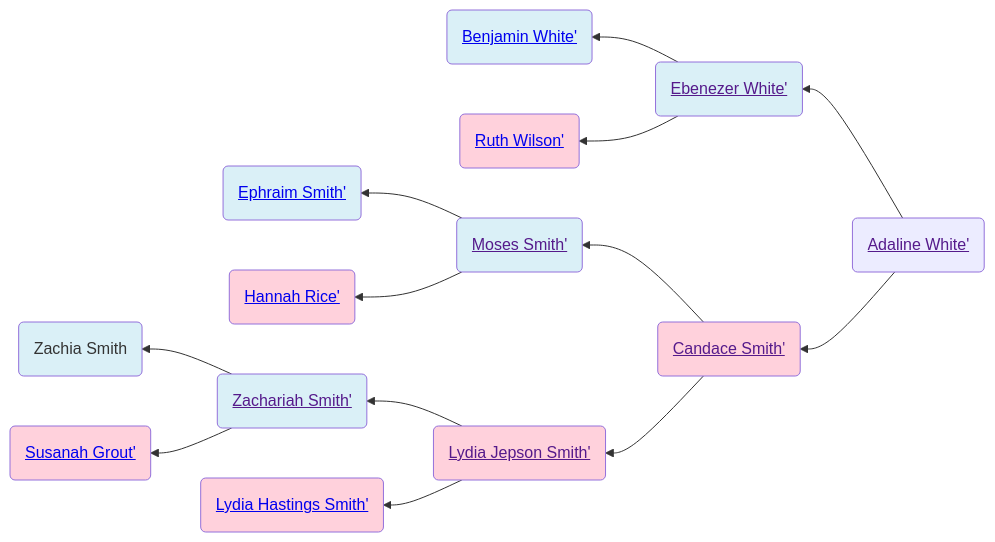
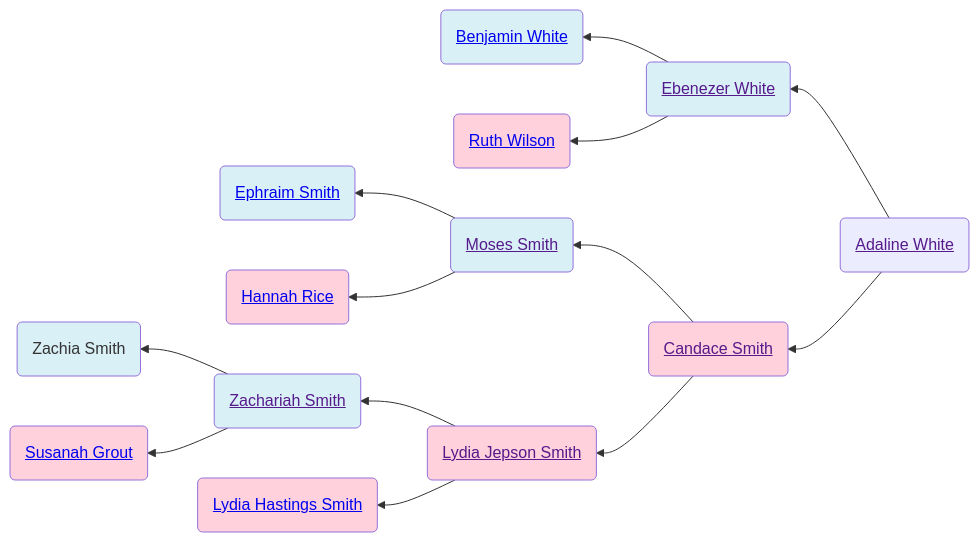
The diagram in familyhistory/sources/people/Merrill-line/White-line/Adaline_White.qmd (neelsmith/avocational), drawn with Mermaid before and after one commit. The commit also changed 96 other files, not shown here.

````diff
--- a/familyhistory/sources/people/Merrill-line/White-line/Adaline_White.qmd
+++ b/familyhistory/sources/people/Merrill-line/White-line/Adaline_White.qmd
@@ -19,32 +19,32 @@
 ```{mermaid}
 graph RL
 %% RL ancestor diagram
-Adaline_White(<a href=''>Adaline White'</>) -->  Ebenezer_White(<a href='./Ebenezer_White.html'>Ebenezer White'</>)
-Ebenezer_White(<a href=''>Ebenezer White'</>) -->  Benjamin_White(<a href='./Benjamin_White.html'>Benjamin White'</>)
+Adaline_White(<a href=''>Adaline White</a>) -->  Ebenezer_White(<a href='./Ebenezer_White.html'>Ebenezer White</a>)
+Ebenezer_White(<a href=''>Ebenezer White</a>) -->  Benjamin_White(<a href='./Benjamin_White.html'>Benjamin White</a>)
 class Benjamin_White father
-Ebenezer_White(<a href=''>Ebenezer White'</>)  --> Ruth_Wilson(<a href='./Wilson-line/Ruth_Wilson.html'>Ruth Wilson'</>)
+Ebenezer_White(<a href=''>Ebenezer White</a>)  --> Ruth_Wilson(<a href='./Wilson-line/Ruth_Wilson.html'>Ruth Wilson</a>)
 class Ruth_Wilson mother
 class Ebenezer_White father
-Adaline_White(<a href=''>Adaline White'</>)  --> Candace_Smith(<a href='./Candace-Smith-line/Candace_Smith.html'>Candace Smith'</>)
-Candace_Smith(<a href=''>Candace Smith'</>) -->  Moses_Smith(<a href='./../../../Moses_Smith_connections/Moses_Smith.html'>Moses Smith'</>)
-Moses_Smith(<a href=''>Moses Smith'</>) -->  Ephraim_Smith(<a href='./../Merrill-line/White-line/Candace-Smith-line/Ephraim_Smith.html'>Ephraim Smith'</>)
+Adaline_White(<a href=''>Adaline White</a>)  --> Candace_Smith(<a href='./Candace-Smith-line/Candace_Smith.html'>Candace Smith</a>)
+Candace_Smith(<a href=''>Candace Smith</a>) -->  Moses_Smith(<a href='./../../../Moses_Smith_connections/Moses_Smith.html'>Moses Smith</a>)
+Moses_Smith(<a href=''>Moses Smith</a>) -->  Ephraim_Smith(<a href='./../Merrill-line/White-line/Candace-Smith-line/Ephraim_Smith.html'>Ephraim Smith</a>)
 class Ephraim_Smith father
-Moses_Smith(<a href=''>Moses Smith'</>)  --> Hannah_Rice(<a href='./../Merrill-line/White-line/Candace-Smith-line/Hannah_Rice.html'>Hannah Rice'</>)
+Moses_Smith(<a href=''>Moses Smith</a>)  --> Hannah_Rice(<a href='./../Merrill-line/White-line/Candace-Smith-line/Hannah_Rice.html'>Hannah Rice</a>)
 class Hannah_Rice mother
 class Moses_Smith father
-Candace_Smith(<a href=''>Candace Smith'</>)  --> Lydia_Jepson_Smith(<a href='./Lydia_Jepson_Smith.html'>Lydia Jepson Smith'</>)
-Lydia_Jepson_Smith(<a href=''>Lydia Jepson Smith'</>) -->  Zachariah_Smith(<a href='./Zachariah_Smith.html'>Zachariah Smith'</>)
-Zachariah_Smith(<a href=''>Zachariah Smith'</>) -->  Zachia_Smith(Zachia Smith)
+Candace_Smith(<a href=''>Candace Smith</a>)  --> Lydia_Jepson_Smith(<a href='./Lydia_Jepson_Smith.html'>Lydia Jepson Smith</a>)
+Lydia_Jepson_Smith(<a href=''>Lydia Jepson Smith</a>) -->  Zachariah_Smith(<a href='./Zachariah_Smith.html'>Zachariah Smith</a>)
+Zachariah_Smith(<a href=''>Zachariah Smith</a>) -->  Zachia_Smith(Zachia Smith)
 class Zachia_Smith father
-Zachariah_Smith(<a href=''>Zachariah Smith'</>)  --> Susanah_Grout(<a href='./../../Susanah_Grout.html'>Susanah Grout'</>)
+Zachariah_Smith(<a href=''>Zachariah Smith</a>)  --> Susanah_Grout(<a href='./../../Susanah_Grout.html'>Susanah Grout</a>)
 class Susanah_Grout mother
 class Zachariah_Smith father
-Lydia_Jepson_Smith(<a href=''>Lydia Jepson Smith'</>)  --> Lydia_Hastings_Smith(<a href='./Lydia_Hastings_Smith.html'>Lydia Hastings Smith'</>)
+Lydia_Jepson_Smith(<a href=''>Lydia Jepson Smith</a>)  --> Lydia_Hastings_Smith(<a href='./Lydia_Hastings_Smith.html'>Lydia Hastings Smith</a>)
 class Lydia_Hastings_Smith mother
 class Lydia_Jepson_Smith mother
 class Candace_Smith mother
 classDef mother fill:#ffd1dc
 classDef father fill:#daf0f7  
 classDef marriage fill:#ffffff
 
 ```
````
